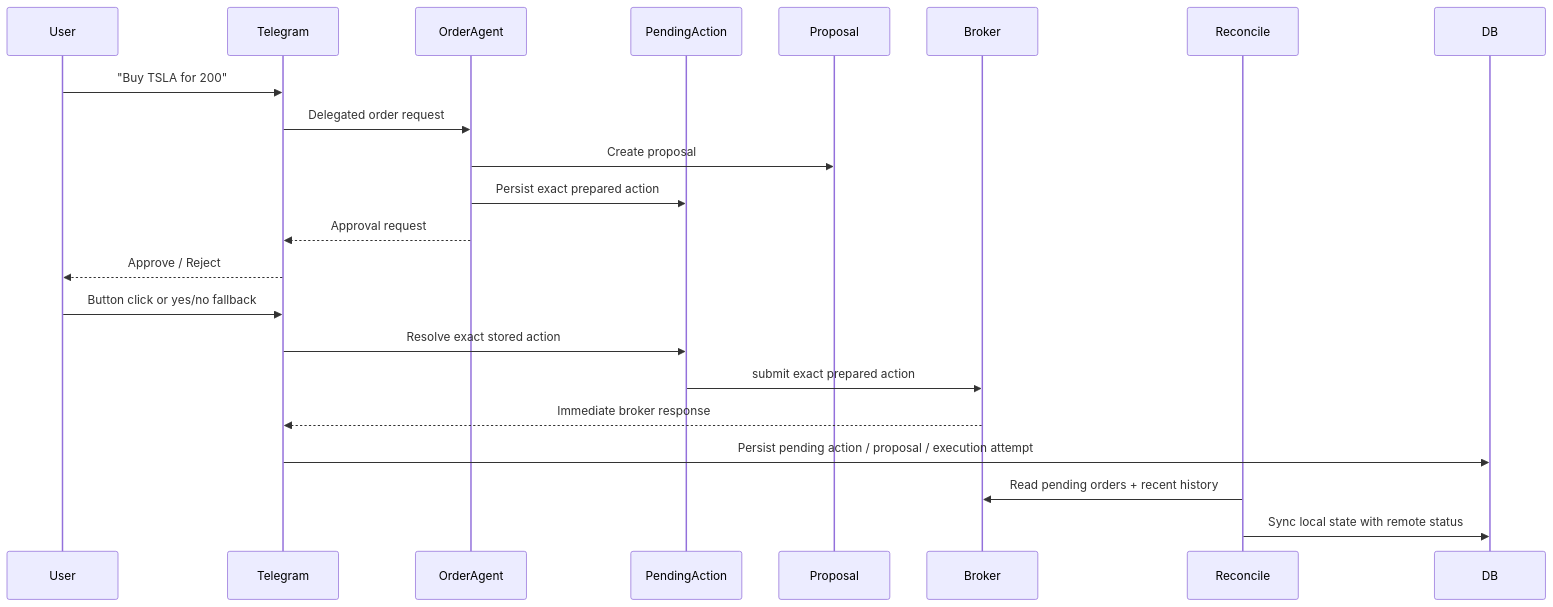
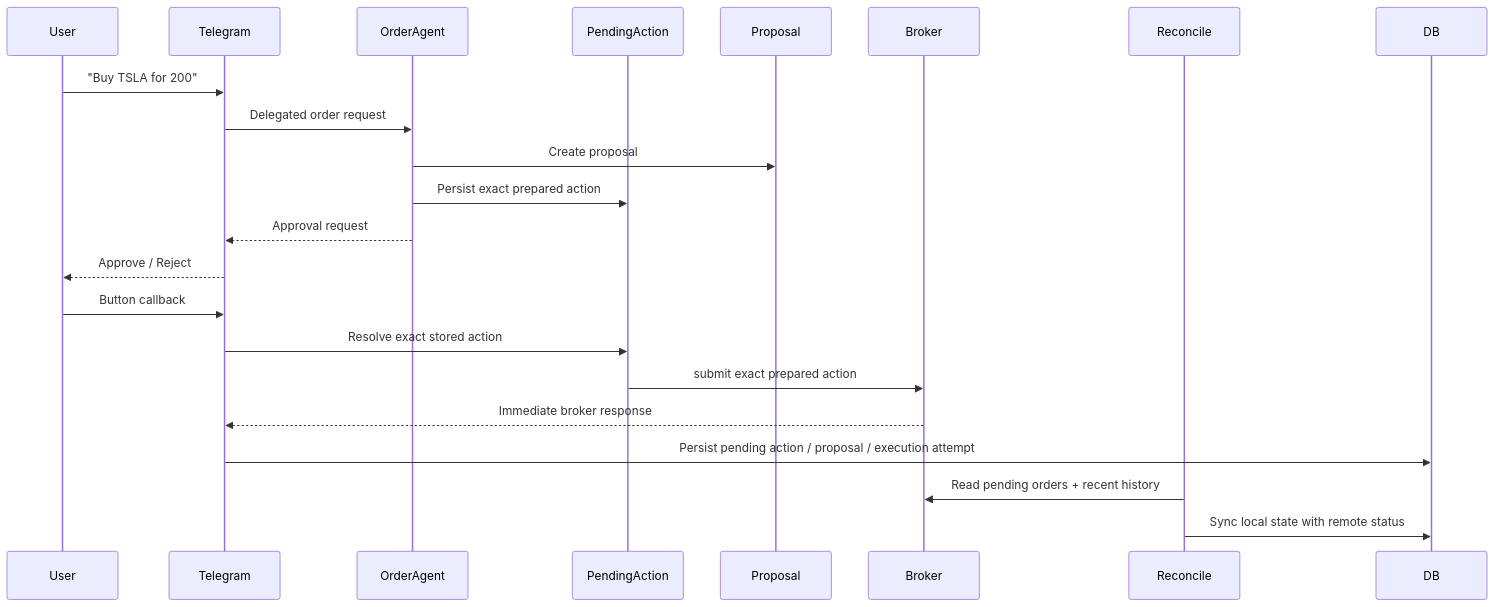
Before and after one commit to applebar17/T212AI: the sixth of 9 diagrams in docs/ARCHITECTURE_DIAGRAMS.md, drawn with Mermaid. The commit also changed other lines of this file and 6 other files, not shown here.

````diff
--- a/docs/ARCHITECTURE_DIAGRAMS.md
+++ b/docs/ARCHITECTURE_DIAGRAMS.md
@@ -157,26 +162,26 @@
 ```mermaid
 sequenceDiagram
     participant User
     participant Telegram
     participant OrderAgent
     participant PendingAction
     participant Proposal
     participant Broker
     participant Reconcile
     participant DB
 
     User->>Telegram: "Buy TSLA for 200"
     Telegram->>OrderAgent: Delegated order request
     OrderAgent->>Proposal: Create proposal
     OrderAgent->>PendingAction: Persist exact prepared action
     OrderAgent-->>Telegram: Approval request
     Telegram-->>User: Approve / Reject
-    User->>Telegram: Button click or yes/no fallback
+    User->>Telegram: Button callback
     Telegram->>PendingAction: Resolve exact stored action
     PendingAction->>Broker: submit exact prepared action
     Broker-->>Telegram: Immediate broker response
     Telegram->>DB: Persist pending action / proposal / execution attempt
 
     Reconcile->>Broker: Read pending orders + recent history
     Reconcile->>DB: Sync local state with remote status
 ```
````
